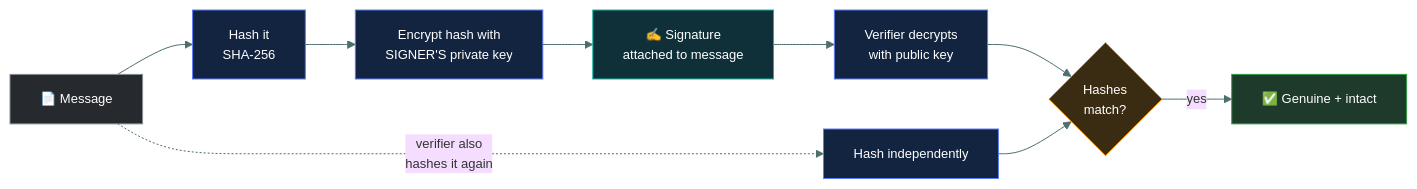
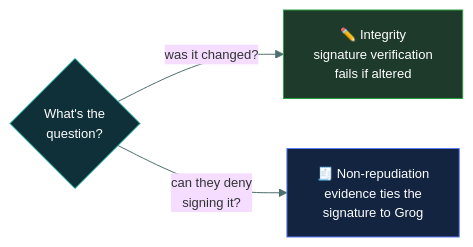
The third of 3 diagrams in 01-security-principles/non-repudiation/README.md (tarunTejaDesireddy/cc-exam-prep), drawn with Mermaid before and after one commit. The commit also changed other lines of this file and 1 other file, not shown here.

First line of the commit message:
Rewrite non-repudiation with the Grog's-mark caveman walkthrough

````diff
--- a/01-security-principles/non-repudiation/README.md
+++ b/01-security-principles/non-repudiation/README.md
@@ -121,21 +169,11 @@
 ```mermaid
-%%{init: {'theme':'base','themeVariables':{'fontSize':'13px','lineColor':'#4d6f6e','textColor':'#dbe7e6'}}}%%
+%%{init: {'theme':'base','themeVariables':{'fontFamily':'Segoe UI, Helvetica Neue, Arial, sans-serif','fontSize':'13px','lineColor':'#4d6f6e','textColor':'#dbe7e6'}}}%%
 flowchart LR
-    M["📄 Message"] --> H1["Hash it<br/>SHA-256"]
-    H1 --> S["Encrypt hash with<br/>SIGNER'S private key"]
-    S --> SIG["✍️ Signature<br/>attached to message"]
-    SIG --> H2["Verifier decrypts<br/>with public key"]
-    M -.->|"verifier also<br/>hashes it again"| H3["Hash independently"]
-    H2 --> V{"Hashes<br/>match?"}
-    H3 --> V
-    V -->|"yes"| OK["✅ Genuine + intact"]
+    Q{"What's the<br/>question?"}
+    Q -->|"was it changed?"| I["✏️ Integrity<br/>signature verification<br/>fails if altered"]
+    Q -->|"can they deny<br/>signing it?"| N["🧾 Non-repudiation<br/>evidence ties the<br/>signature to Grog"]
 
-    style M fill:#26292e,stroke:#868E96,color:#fff
-    style H1 fill:#12243f,stroke:#5C7CFA,color:#fff
-    style S fill:#12243f,stroke:#5C7CFA,color:#fff
-    style SIG fill:#0f3038,stroke:#12B5A5,color:#fff
-    style H3 fill:#12243f,stroke:#5C7CFA,color:#fff
-    style H2 fill:#12243f,stroke:#5C7CFA,color:#fff
-    style V fill:#3a2c12,stroke:#F08C00,color:#fff
-    style OK fill:#1d3a2a,stroke:#2F9E44,color:#fff
+    style Q fill:#0f3038,stroke:#12B5A5,color:#fff
+    style I fill:#1d3a2a,stroke:#2F9E44,color:#fff
+    style N fill:#12243f,stroke:#5C7CFA,color:#fff
 ```
````
